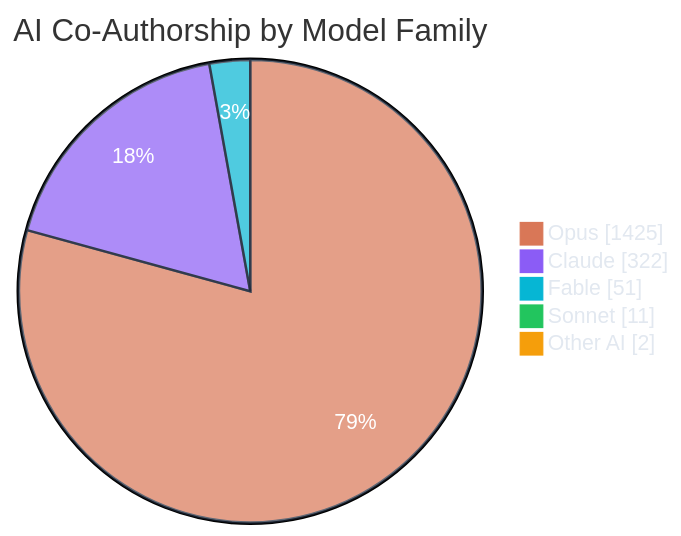
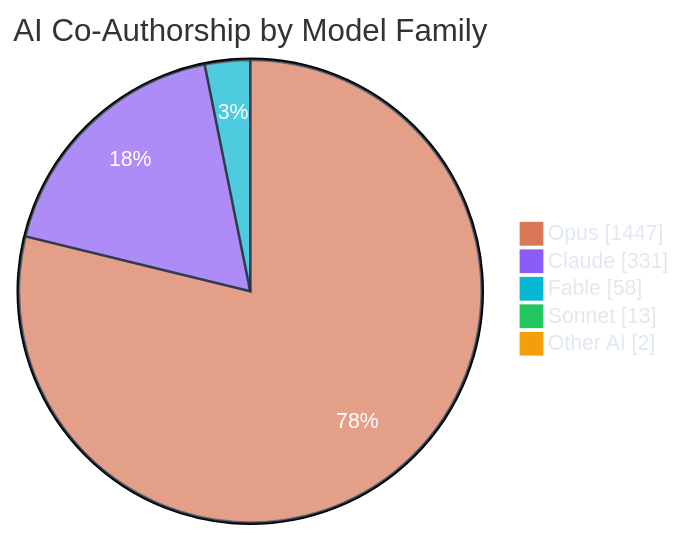
One commit to polo-nyan/polo-nyan changed the third of 7 diagrams in README.md. Above: the diagram before and after it, drawn with Mermaid. The commit also changed other lines of this file and 1 other file, not shown here.

````diff
--- a/README.md
+++ b/README.md
@@ -279,10 +279,10 @@
 ```mermaid
 %%{init: {"theme": "base", "themeVariables": { "pie1": "#d97757", "pie2": "#8b5cf6", "pie3": "#06b6d4", "pie4": "#22c55e", "pie5": "#f59e0b", "pie6": "#ec4899", "pieTextColor": "#ffffff", "pieLegendTextColor": "#e2e8f0", "pieSectionTextColor": "#ffffff", "pieStrokeColor": "#1e293b" }}}%%
 pie showData
     title AI Co-Authorship by Model Family
-    "Opus" : 1425
-    "Claude" : 322
-    "Fable" : 51
-    "Sonnet" : 11
+    "Opus" : 1447
+    "Claude" : 331
+    "Fable" : 58
+    "Sonnet" : 13
     "Other AI" : 2
 ```
````
